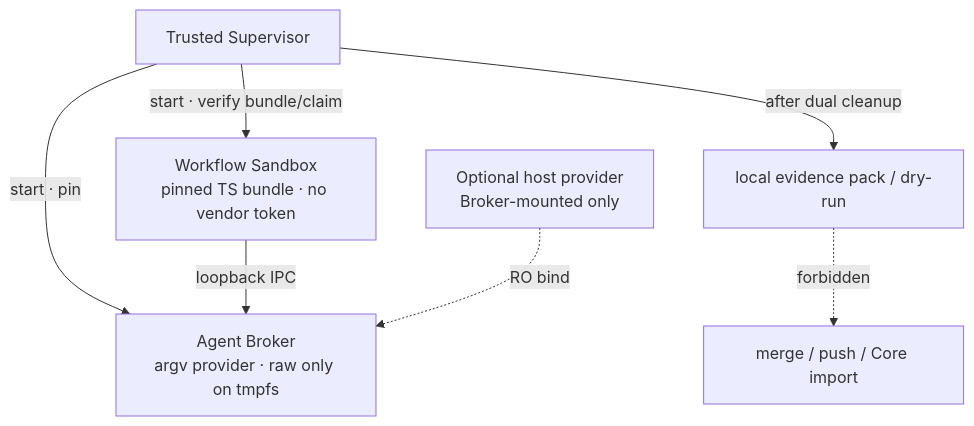
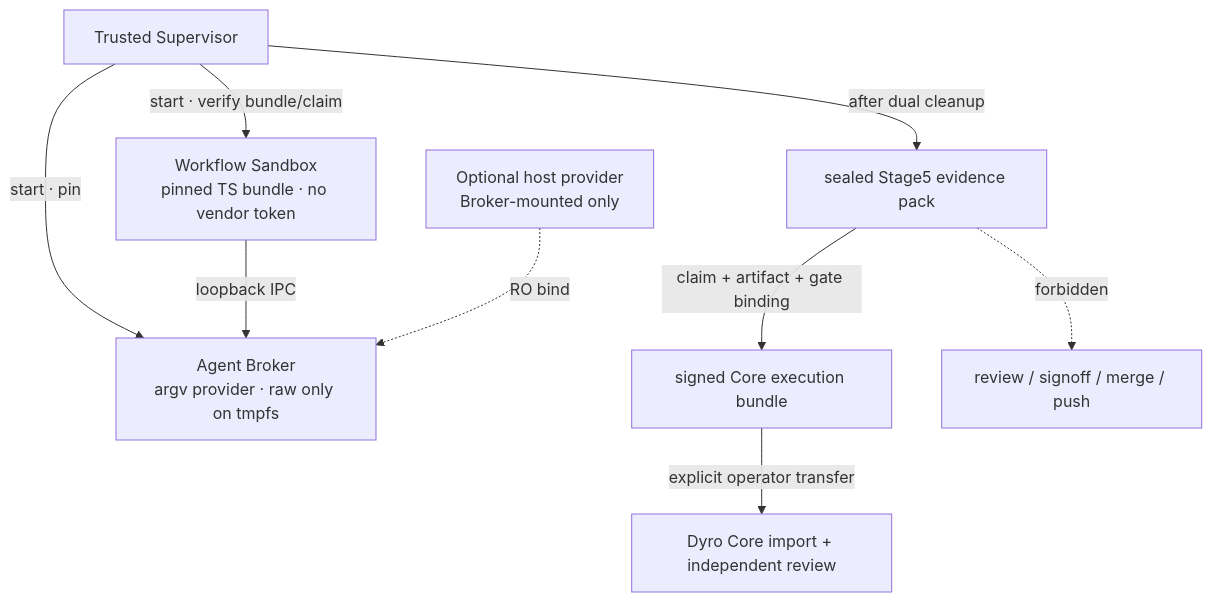
Before and after one commit to DandreYang/DyroEngineeringFlow: diagram 11 of 12 in README.de.md, drawn with Mermaid. The commit also changed other lines of this file and 44 other files, not shown here.

````diff
--- a/README.de.md
+++ b/README.de.md
@@ -256,14 +256,16 @@
 ```mermaid
 flowchart TB
   Sup["Trusted Supervisor"]
   Sand["Workflow Sandbox<br/>pinned TS bundle · no vendor token"]
   Bro["Agent Broker<br/>argv provider · raw only on tmpfs"]
   HostP["Optional host provider<br/>Broker-mounted only"]
 
   Sup -->|start · verify bundle/claim| Sand
   Sup -->|start · pin| Bro
   Sand -->|loopback IPC| Bro
   HostP -.->|RO bind| Bro
-  Sup -->|after dual cleanup| Pack["local evidence pack / dry-run"]
-  Pack -.->|forbidden| Merge["merge / push / Core import"]
+  Sup -->|after dual cleanup| Pack["sealed Stage5 evidence pack"]
+  Pack -->|claim + artifact + gate binding| Handoff["signed Core execution bundle"]
+  Handoff -->|explicit operator transfer| Core["Dyro Core import + independent review"]
+  Pack -.->|forbidden| Merge["review / signoff / merge / push"]
 ```
````
